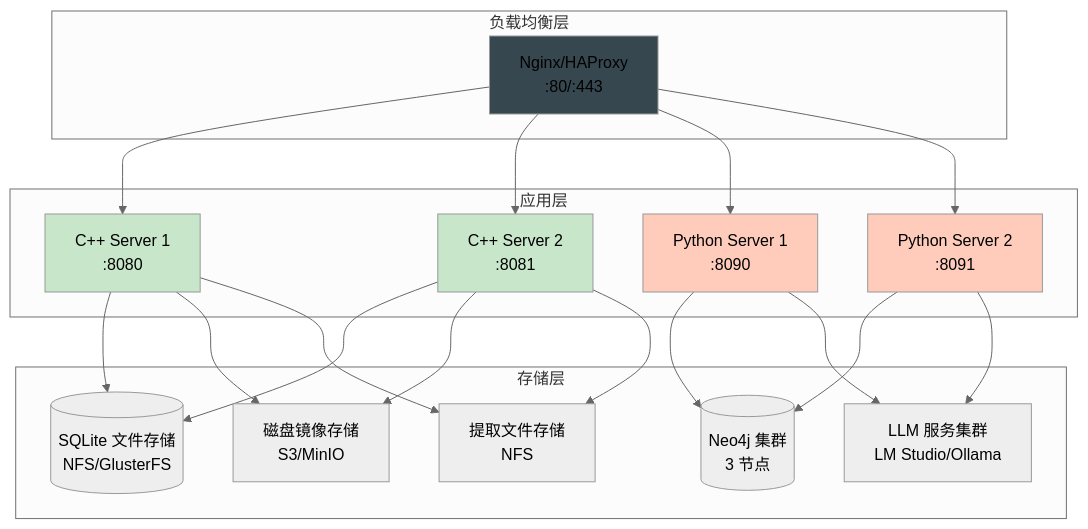
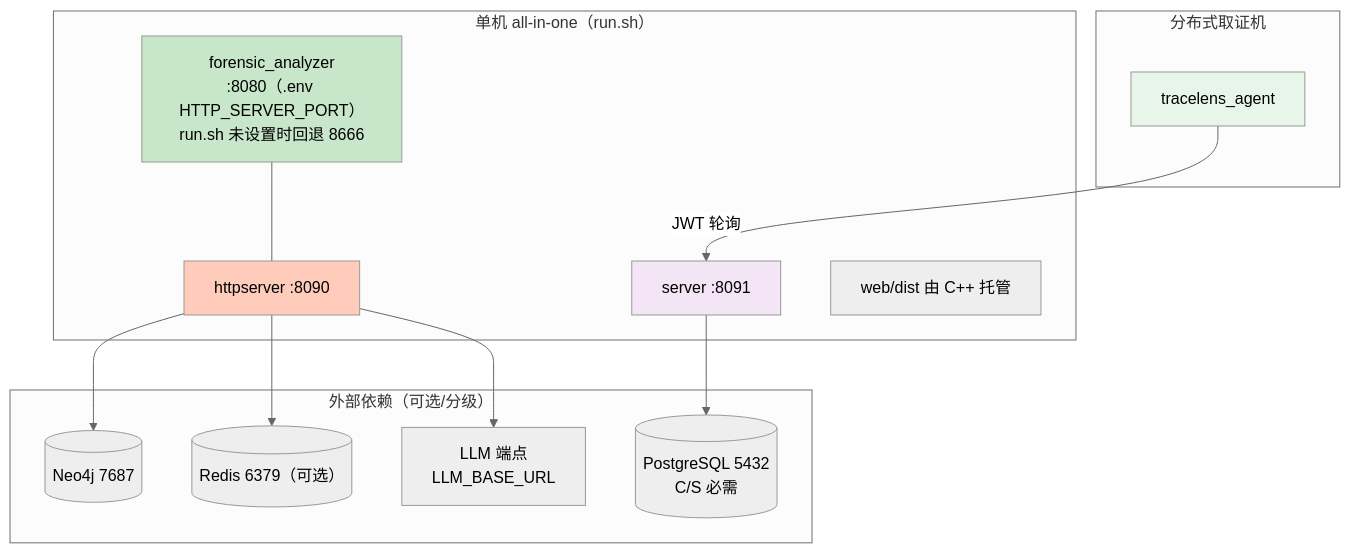
One commit to ymj68520/TraceLens changed the first of 2 diagrams in docs/architecture/Deployment.md. Above: the diagram before and after it, drawn with Mermaid (neutral theme). The commit also changed other lines of this file and 4 other files, not shown here.

First line of the commit message:
docs: rewrite architecture docs around three-service topology

````diff
--- a/docs/architecture/Deployment.md
+++ b/docs/architecture/Deployment.md
@@ -83,48 +7,32 @@
 ```mermaid
 graph TB
-    subgraph "负载均衡层"
-        LB[Nginx/HAProxy<br/>:80/:443]
+    subgraph "单机 all-in-one（run.sh）"
+        CPP["forensic_analyzer<br/>:8080（.env HTTP_SERVER_PORT）<br/>run.sh 未设置时回退 8666"]
+        PY["httpserver :8090"]
+        CS["server :8091"]
+        WEB["web/dist 由 C++ 托管"]
     end
 
-    subgraph "应用层"
-        CPP1[C++ Server 1<br/>:8080]
-        CPP2[C++ Server 2<br/>:8081]
-        PY1[Python Server 1<br/>:8090]
-        PY2[Python Server 2<br/>:8091]
+    subgraph "外部依赖（可选/分级）"
+        NEO4J[("Neo4j 7687")]
+        REDIS[("Redis 6379（可选）")]
+        LLM["LLM 端点<br/>LLM_BASE_URL"]
+        PG[("PostgreSQL 5432<br/>C/S 必需")]
     end
 
-    subgraph "存储层"
-        SQLITE[(SQLite 文件存储<br/>NFS/GlusterFS)]
-        NEO4J[(Neo4j 集群<br/>3 节点)]
-        LLM[LLM 服务集群<br/>LM Studio/Ollama]
+    subgraph "分布式取证机"
+        AGENT["tracelens_agent"]
     end
 
-    subgraph "存储层"
-        FILES[磁盘镜像存储<br/>S3/MinIO]
-        EXTRACT[提取文件存储<br/>NFS]
-    end
+    CPP --- PY
+    PY --> NEO4J
+    PY --> REDIS
+    PY --> LLM
+    CS --> PG
+    AGENT -->|JWT 轮询| CS
 
-    LB --> CPP1
-    LB --> CPP2
-    LB --> PY1
-    LB --> PY2
-
-    CPP1 --> SQLITE
-    CPP2 --> SQLITE
-    PY1 --> NEO4J
-    PY2 --> NEO4J
-
-    PY1 --> LLM
-    PY2 --> LLM
-
-    CPP1 --> FILES
-    CPP2 --> FILES
-    CPP1 --> EXTRACT
-    CPP2 --> EXTRACT
-
-    style LB fill:#37474f
-    style CPP1 fill:#c8e6c9
-    style CPP2 fill:#c8e6c9
-    style PY1 fill:#ffccbc
-    style PY2 fill:#ffccbc
+    style CPP fill:#c8e6c9
+    style PY fill:#ffccbc
+    style CS fill:#f3e5f5
+    style AGENT fill:#e8f5e9
 ```
````
